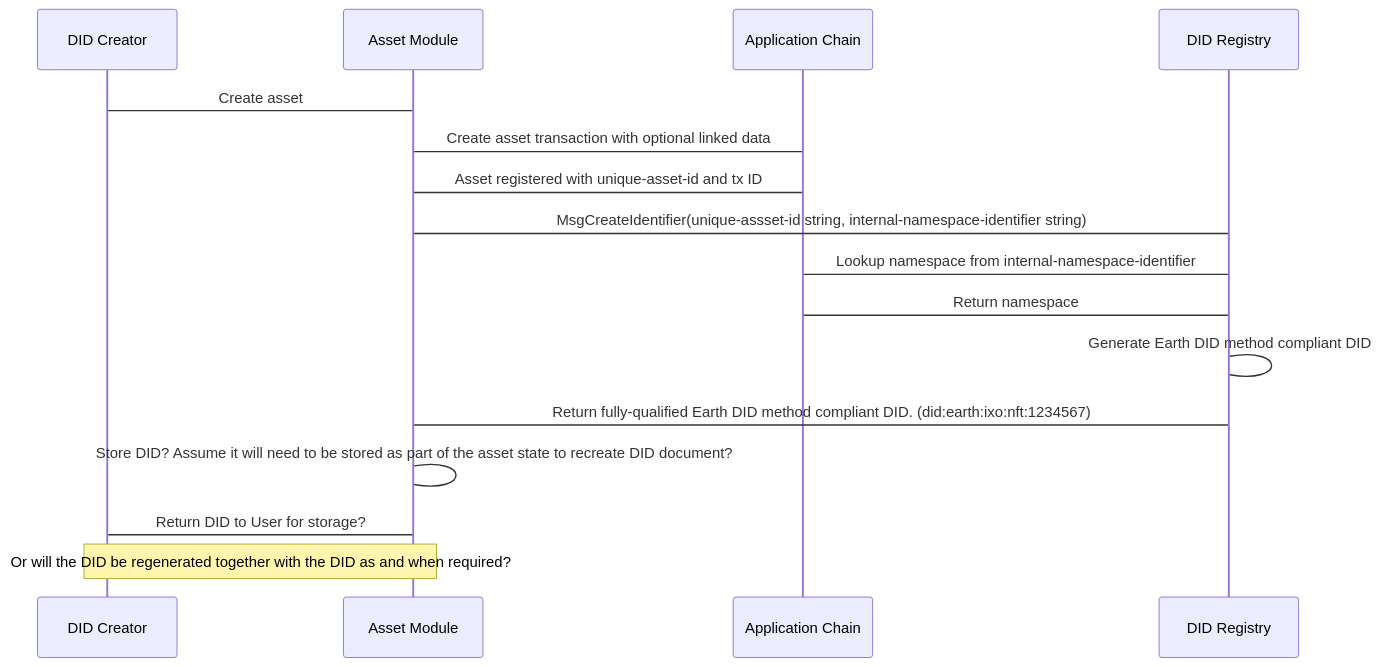
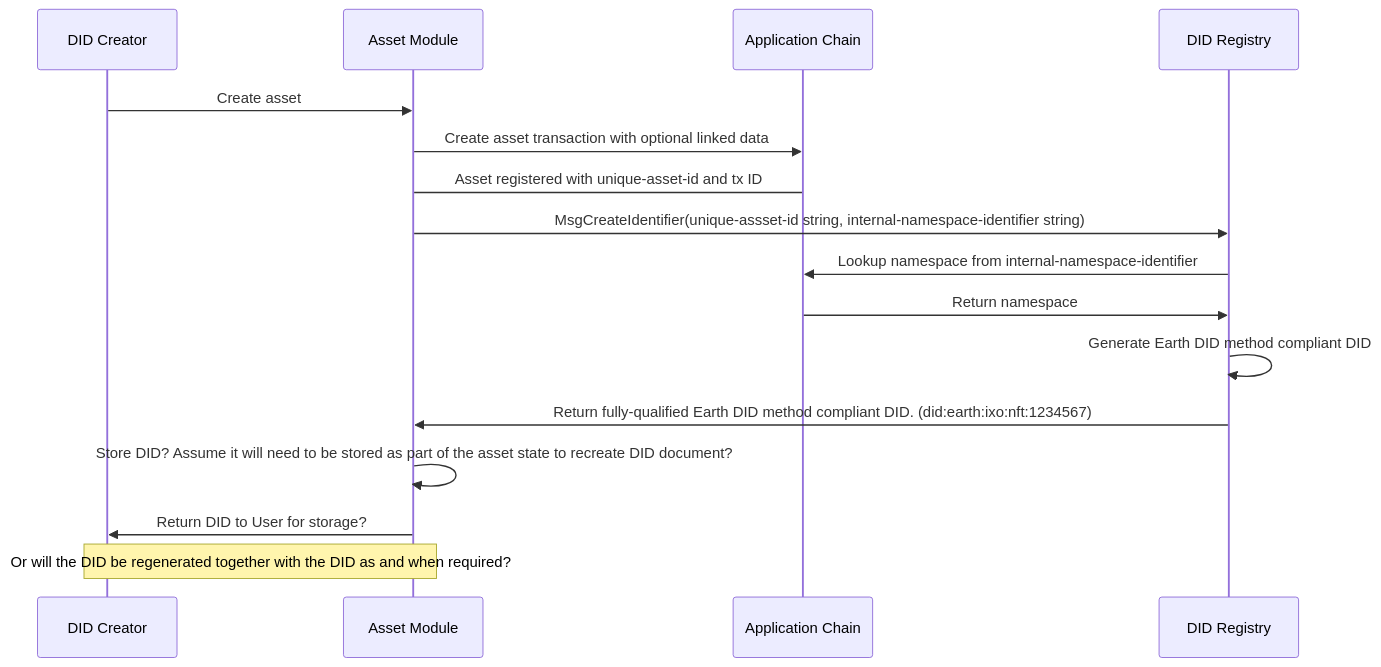
The first of 3 diagrams in README.md (EarthProgram/did-earth), drawn with Mermaid before and after one commit. The commit also changed other lines of this file, not shown here.

Commit message:
Fix create SD to include arrows

````diff
--- a/README.md
+++ b/README.md
@@ -392,15 +391,15 @@
 ```mermaid
 sequenceDiagram
-DID Creator->Asset Module: Create asset
-Asset Module->Application Chain: Create asset transaction with optional linked data
+DID Creator->>Asset Module: Create asset
+Asset Module->>Application Chain: Create asset transaction with optional linked data
 Application Chain->Asset Module: Asset registered with unique-asset-id and tx ID
-Asset Module->DID Registry: MsgCreateIdentifier(unique-assset-id string, internal-namespace-identifier string)
-DID Registry->Application Chain: Lookup namespace from internal-namespace-identifier
-Application Chain->DID Registry: Return namespace
-DID Registry->DID Registry: Generate Earth DID method compliant DID
-DID Registry->Asset Module: Return fully-qualified Earth DID method compliant DID. (did:earth:ixo:nft:1234567)
-Asset Module->Asset Module: Store DID? Assume it will need to be stored as part of the asset state to recreate DID document?
-Asset Module->DID Creator: Return DID to User for storage?
+Asset Module->>DID Registry: MsgCreateIdentifier(unique-assset-id string, internal-namespace-identifier string)
+DID Registry->>Application Chain: Lookup namespace from internal-namespace-identifier
+Application Chain->>DID Registry: Return namespace
+DID Registry->>DID Registry: Generate Earth DID method compliant DID
+DID Registry->>Asset Module: Return fully-qualified Earth DID method compliant DID. (did:earth:ixo:nft:1234567)
+Asset Module->>Asset Module: Store DID? Assume it will need to be stored as part of the asset state to recreate DID document?
+Asset Module->>DID Creator: Return DID to User for storage?
 
 Note over DID Creator, Asset Module: Or will the DID be regenerated together with the DID as and when required?
 ```
````
